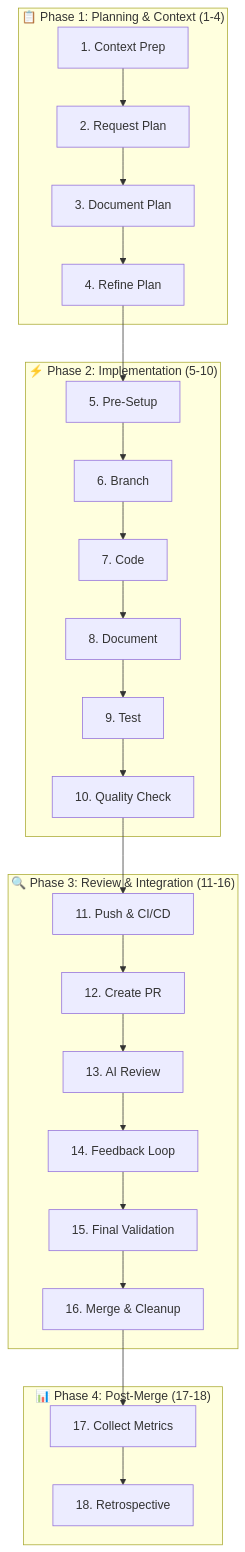
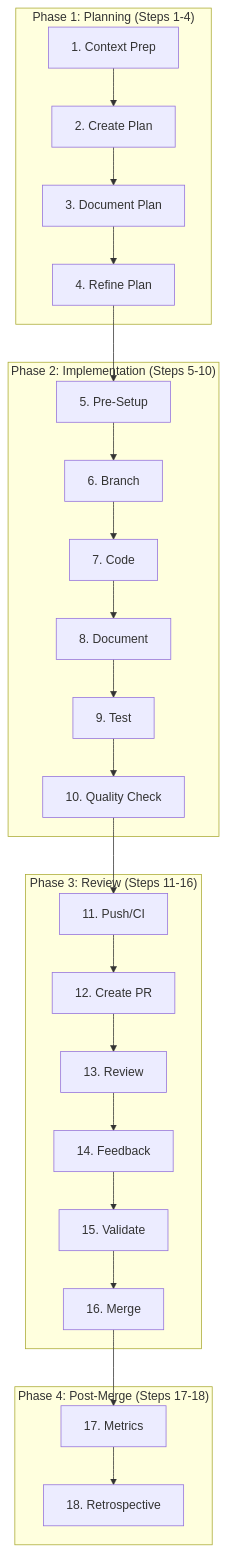
The diagram in README.md (joaoariedi/ai-assisted-development-framework), drawn with Mermaid before and after one commit. The commit also changed other lines of this file and 15 other files, not shown here.

````diff
--- a/README.md
+++ b/README.md
@@ -56,31 +80,31 @@
 ```mermaid
 graph TB
-    subgraph "📋 Phase 1: Planning & Context (1-4)"
-        A1[1. Context Prep] --> A2[2. Request Plan]
+    subgraph "Phase 1: Planning (Steps 1-4)"
+        A1[1. Context Prep] --> A2[2. Create Plan]
         A2 --> A3[3. Document Plan]
         A3 --> A4[4. Refine Plan]
     end
-    
-    subgraph "⚡ Phase 2: Implementation (5-10)"
+
+    subgraph "Phase 2: Implementation (Steps 5-10)"
         A4 --> B5[5. Pre-Setup]
         B5 --> B6[6. Branch]
         B6 --> B7[7. Code]
         B7 --> B8[8. Document]
         B8 --> B9[9. Test]
         B9 --> B10[10. Quality Check]
     end
-    
-    subgraph "🔍 Phase 3: Review & Integration (11-16)"
-        B10 --> C11[11. Push & CI/CD]
+
+    subgraph "Phase 3: Review (Steps 11-16)"
+        B10 --> C11[11. Push/CI]
         C11 --> C12[12. Create PR]
-        C12 --> C13[13. AI Review]
-        C13 --> C14[14. Feedback Loop]
-        C14 --> C15[15. Final Validation]
-        C15 --> C16[16. Merge & Cleanup]
+        C12 --> C13[13. Review]
+        C13 --> C14[14. Feedback]
+        C14 --> C15[15. Validate]
+        C15 --> C16[16. Merge]
     end
-    
-    subgraph "📊 Phase 4: Post-Merge (17-18)"
-        C16 --> D17[17. Collect Metrics]
+
+    subgraph "Phase 4: Post-Merge (Steps 17-18)"
+        C16 --> D17[17. Metrics]
         D17 --> D18[18. Retrospective]
     end
 ```
````
